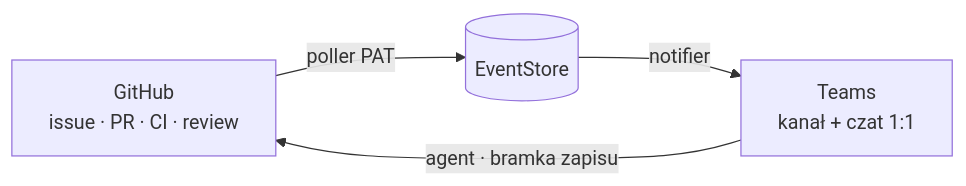
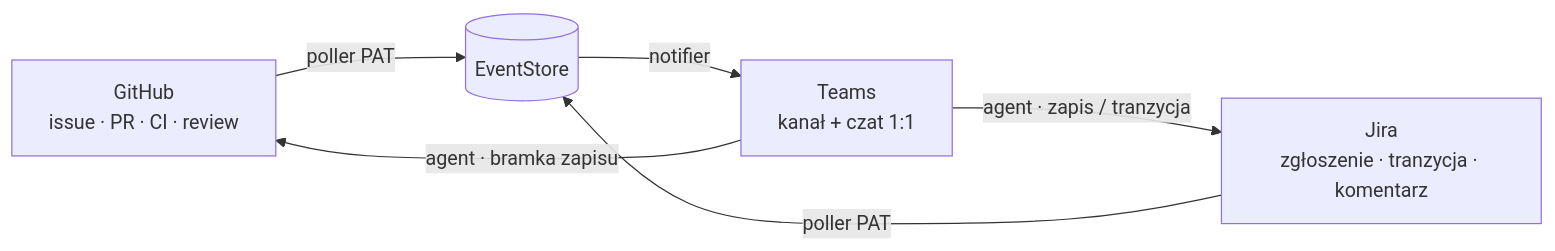
One commit to P0w3r223/sufler changed the second of 2 diagrams in README.md. Above: the diagram before and after it, drawn with Mermaid. The commit also changed other lines of this file and 11 other files, not shown here.

````diff
--- a/README.md
+++ b/README.md
@@ -74,6 +80,8 @@
 ```mermaid
 flowchart LR
     GH["GitHub<br/>issue · PR · CI · review"] -->|poller PAT| ES[("EventStore")]
+    JR["Jira<br/>zgłoszenie · tranzycja · komentarz"] -->|poller PAT| ES
     ES -->|notifier| TEAMS["Teams<br/>kanał + czat 1:1"]
     TEAMS -->|agent · bramka zapisu| GH
+    TEAMS -->|agent · zapis / tranzycja| JR
 ```
````
